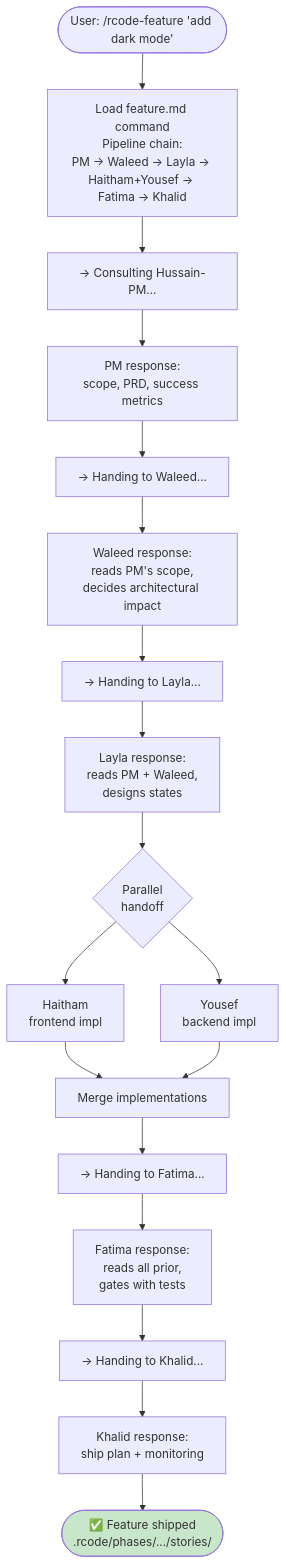
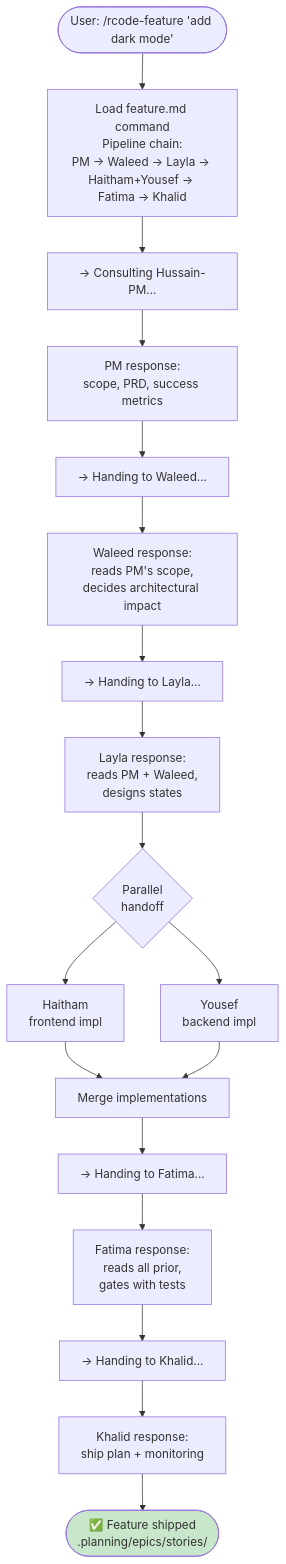
Before and after one commit to hanzlahabib/rcode: the second of 5 diagrams in docs/METHODOLOGY.md, drawn with Mermaid. The commit also changed other lines of this file and 1 other file, not shown here.

First line of the commit message:
docs(readme): fix stale .rcode/phases references to the current .planning path

````diff
--- a/docs/METHODOLOGY.md
+++ b/docs/METHODOLOGY.md
@@ -194,22 +194,22 @@
 ```mermaid
 graph TD
     Start([User: /rcode-feature 'add dark mode']) --> Load[Load feature.md command<br/>Pipeline chain:<br/>PM → Waleed → Layla → Haitham+Yousef → Fatima → Khalid]
     Load --> A1["→ Consulting Hussain-PM..."]
     A1 --> R1[PM response:<br/>scope, PRD, success metrics]
     R1 --> A2["→ Handing to Waleed..."]
     A2 --> R2[Waleed response:<br/>reads PM's scope,<br/>decides architectural impact]
     R2 --> A3["→ Handing to Layla..."]
     A3 --> R3[Layla response:<br/>reads PM + Waleed,<br/>designs states]
     R3 --> Branch{Parallel<br/>handoff}
     Branch --> H[Haitham<br/>frontend impl]
     Branch --> Y[Yousef<br/>backend impl]
     H --> Merge[Merge implementations]
     Y --> Merge
     Merge --> A5["→ Handing to Fatima..."]
     A5 --> R5[Fatima response:<br/>reads all prior,<br/>gates with tests]
     R5 --> A6["→ Handing to Khalid..."]
     A6 --> R6[Khalid response:<br/>ship plan + monitoring]
-    R6 --> Done([✅ Feature shipped<br/>.rcode/phases/.../stories/])
+    R6 --> Done([✅ Feature shipped<br/>.planning/epics/stories/])
 
     style Done fill:#c8e6c9
 ```
````
